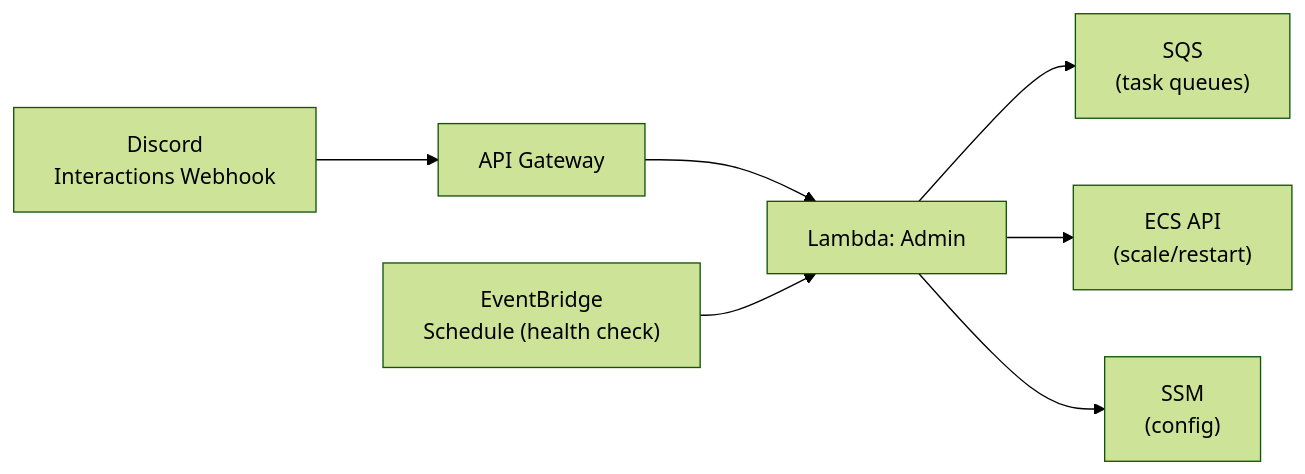
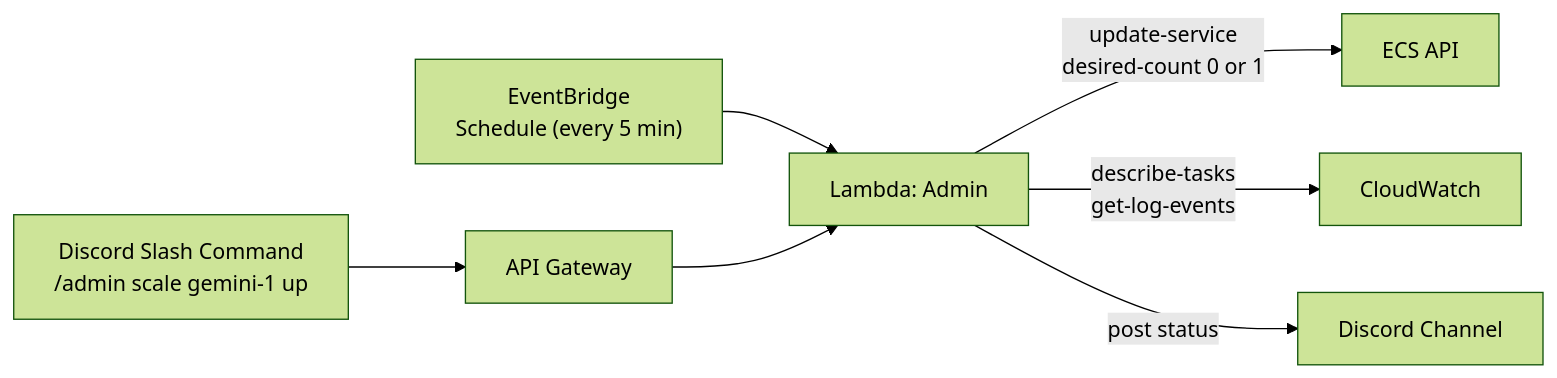
The second of 6 diagrams in openab-ecs-lambda-architecture.md (juntinyeh-worker/agent-outbound), drawn with Mermaid (forest theme) before and after one commit. The commit also changed other lines of this file, not shown here.

First line of the commit message:
task: fix ECS+Lambda architecture — Admin is control plane only

````diff
--- a/openab-ecs-lambda-architecture.md
+++ b/openab-ecs-lambda-architecture.md
@@ -92,9 +103,8 @@
 ```mermaid
 graph LR
-    DISCORD["Discord<br/>Interactions Webhook"] --> APIGW["API Gateway"]
-    APIGW --> LAMBDA["Lambda: Admin"]
-    EVENTBRIDGE["EventBridge<br/>Schedule (health check)"] --> LAMBDA
-    LAMBDA --> SQS["SQS<br/>(task queues)"]
-    LAMBDA --> ECS["ECS API<br/>(scale/restart)"]
-    LAMBDA --> SSM["SSM<br/>(config)"]
+    EVENTBRIDGE["EventBridge<br/>Schedule (every 5 min)"] --> LAMBDA["Lambda: Admin"]
+    SLASH["Discord Slash Command<br/>/admin scale gemini-1 up"] --> APIGW["API Gateway"] --> LAMBDA
+    LAMBDA -->|"update-service<br/>desired-count 0 or 1"| ECS["ECS API"]
+    LAMBDA -->|"describe-tasks<br/>get-log-events"| CW["CloudWatch"]
+    LAMBDA -->|"post status"| DISCORD["Discord Channel"]
 ```
````
